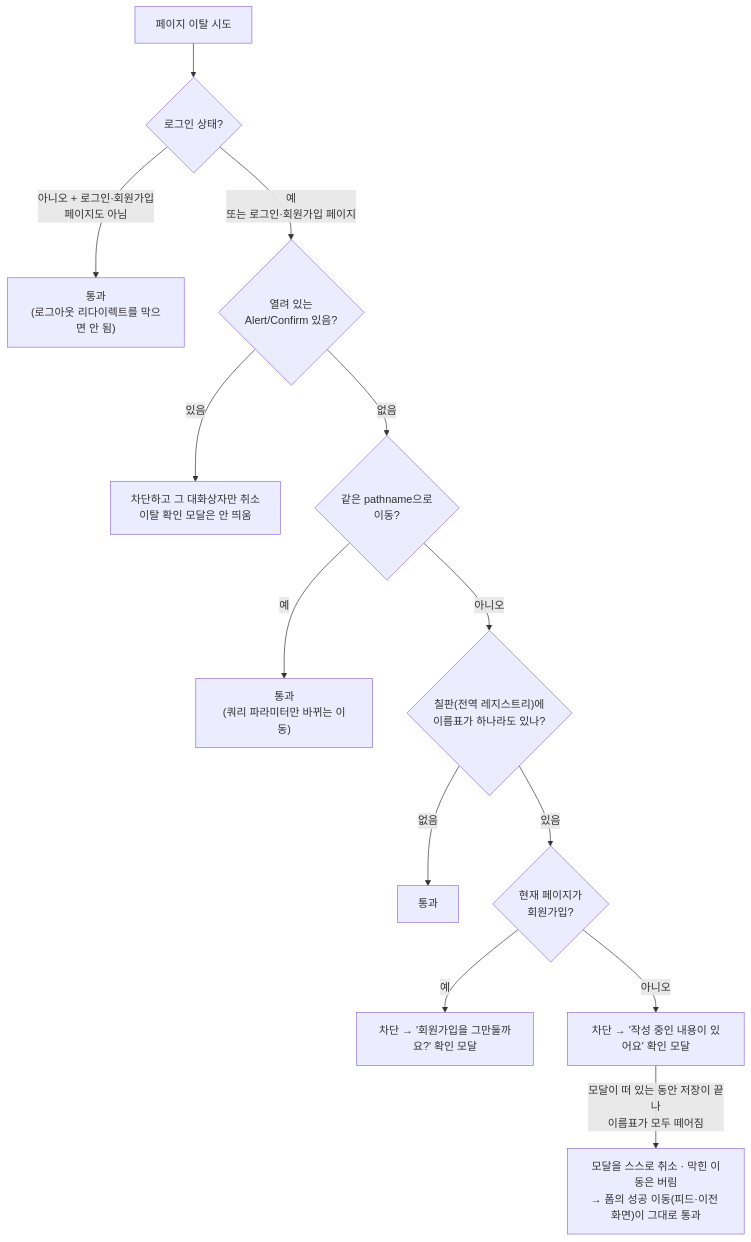
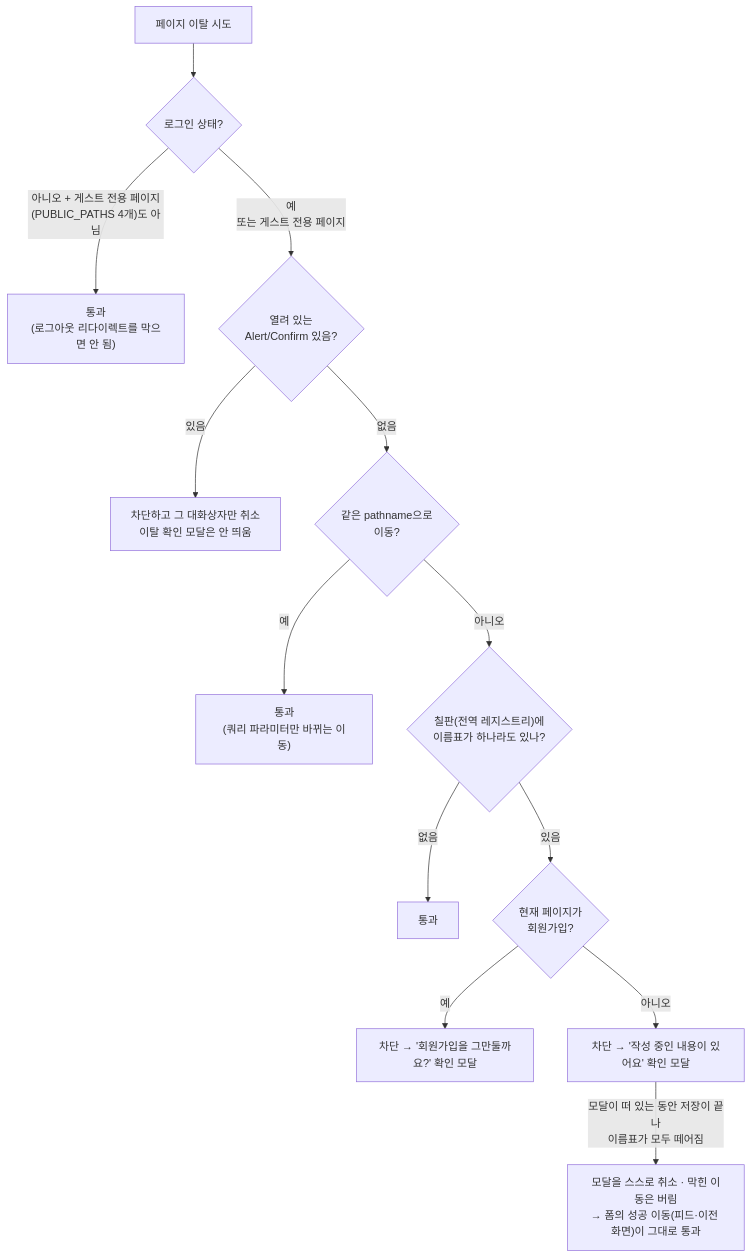
One commit to BAECHAN/link-sphere_FE_NEW changed the diagram in docs/UNSAVED-CHANGES-GUARD.md. Above: the diagram before and after it, drawn with Mermaid. The commit also changed other lines of this file and 52 other files, not shown here.

````diff
--- a/docs/UNSAVED-CHANGES-GUARD.md
+++ b/docs/UNSAVED-CHANGES-GUARD.md
@@ -30,15 +30,15 @@
 ```mermaid
 flowchart TD
   Nav["페이지 이탈 시도"] --> Auth{"로그인 상태?"}
-  Auth -->|"아니오 + 로그인·회원가입<br/>페이지도 아님"| Allow1["통과<br/>(로그아웃 리다이렉트를 막으면 안 됨)"]
-  Auth -->|"예<br/>또는 로그인·회원가입 페이지"| AlertOpen{"열려 있는<br/>Alert/Confirm 있음?"}
+  Auth -->|"아니오 + 게스트 전용 페이지<br/>(PUBLIC_PATHS 4개)도 아님"| Allow1["통과<br/>(로그아웃 리다이렉트를 막으면 안 됨)"]
+  Auth -->|"예<br/>또는 게스트 전용 페이지"| AlertOpen{"열려 있는<br/>Alert/Confirm 있음?"}
   AlertOpen -->|있음| BlockAlert["차단하고 그 대화상자만 취소<br/>이탈 확인 모달은 안 띄움"]
   AlertOpen -->|없음| SamePath{"같은 pathname으로<br/>이동?"}
   SamePath -->|예| Allow2["통과<br/>(쿼리 파라미터만 바뀌는 이동)"]
   SamePath -->|아니오| Dirty{"칠판(전역 레지스트리)에<br/>이름표가 하나라도 있나?"}
   Dirty -->|없음| Allow3["통과"]
   Dirty -->|있음| Page{"현재 페이지가<br/>회원가입?"}
   Page -->|예| BlockSignup["차단 → '회원가입을 그만둘까요?' 확인 모달"]
   Page -->|아니오| BlockConfirm["차단 → '작성 중인 내용이 있어요' 확인 모달"]
   BlockConfirm -->|"모달이 떠 있는 동안 저장이 끝나<br/>이름표가 모두 떼어짐"| AutoClose["모달을 스스로 취소 · 막힌 이동은 버림<br/>→ 폼의 성공 이동(피드·이전 화면)이 그대로 통과"]
 ```
````
